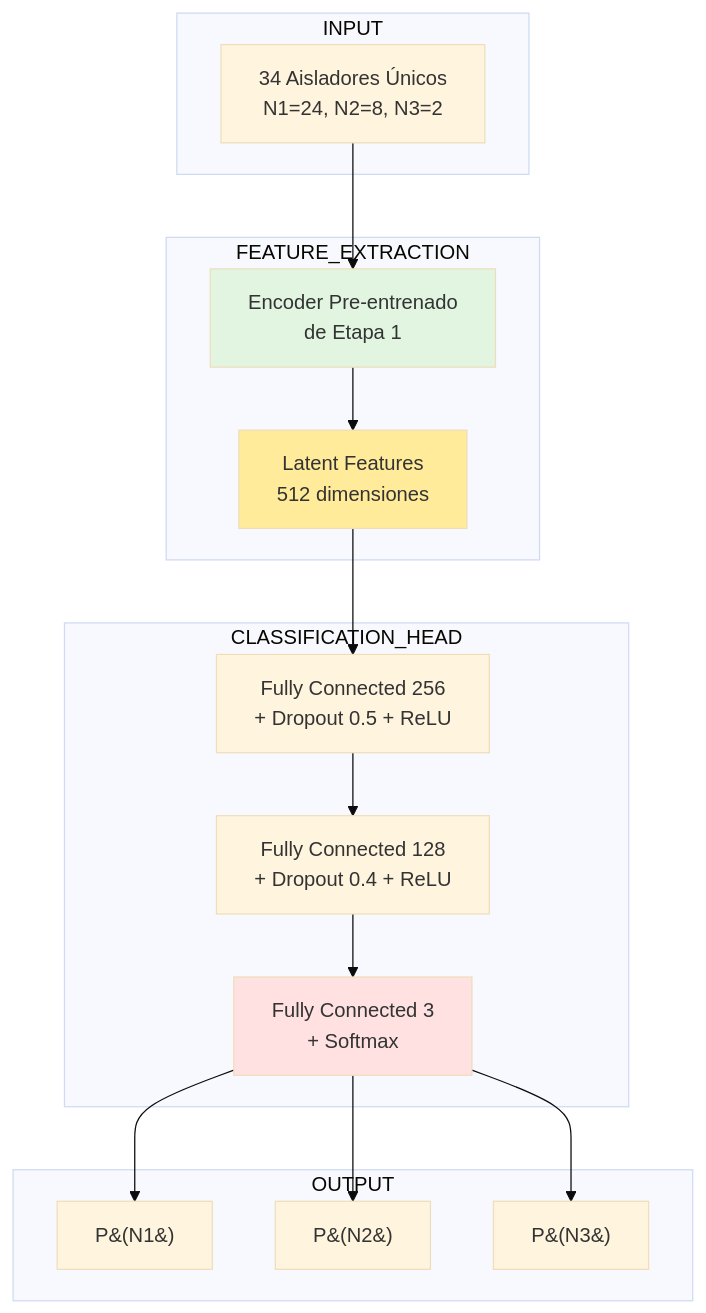
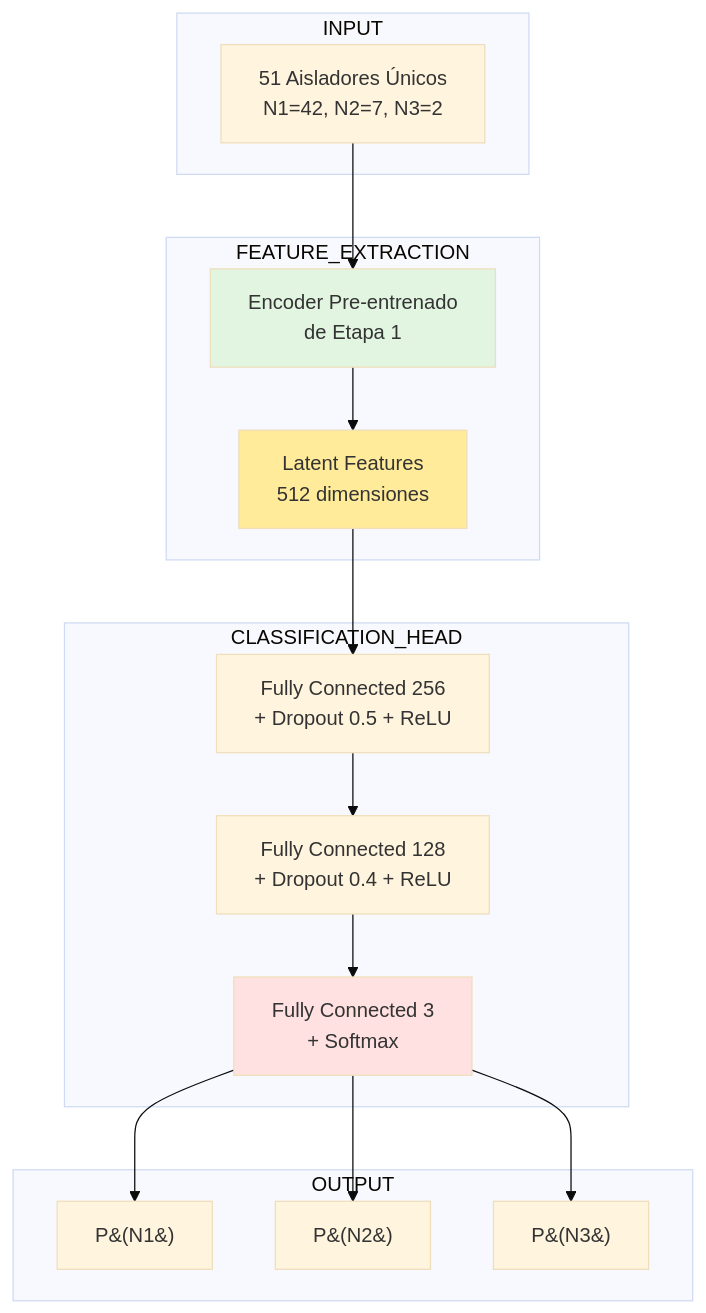
Before and after one commit to giansmart/deepsolation: the third of 6 diagrams in PROPUESTA_CNN_ARQUITECTURA.md, drawn with Mermaid (base theme). The commit also changed other lines of this file and 3 other files, not shown here.

````diff
--- a/PROPUESTA_CNN_ARQUITECTURA.md
+++ b/PROPUESTA_CNN_ARQUITECTURA.md
@@ -421,27 +422,27 @@
 ```mermaid
 graph TB
     subgraph INPUT
-    A[34 Aisladores Únicos<br/>N1=24, N2=8, N3=2]
+    A[51 Aisladores Únicos<br/>N1=42, N2=7, N3=2]
     end
 
     subgraph FEATURE_EXTRACTION
     A --> B[Encoder Pre-entrenado<br/>de Etapa 1]
     B --> C[Latent Features<br/>512 dimensiones]
     end
 
     subgraph CLASSIFICATION_HEAD
     C --> D[Fully Connected 256<br/>+ Dropout 0.5 + ReLU]
     D --> E[Fully Connected 128<br/>+ Dropout 0.4 + ReLU]
     E --> F[Fully Connected 3<br/>+ Softmax]
     end
 
     subgraph OUTPUT
     F --> G[P&#40;N1&#41;]
     F --> H[P&#40;N2&#41;]
     F --> I[P&#40;N3&#41;]
     end
 
     style B fill:#e1f5e1
     style C fill:#ffeb99
     style F fill:#ffe1e1
 ```
````
